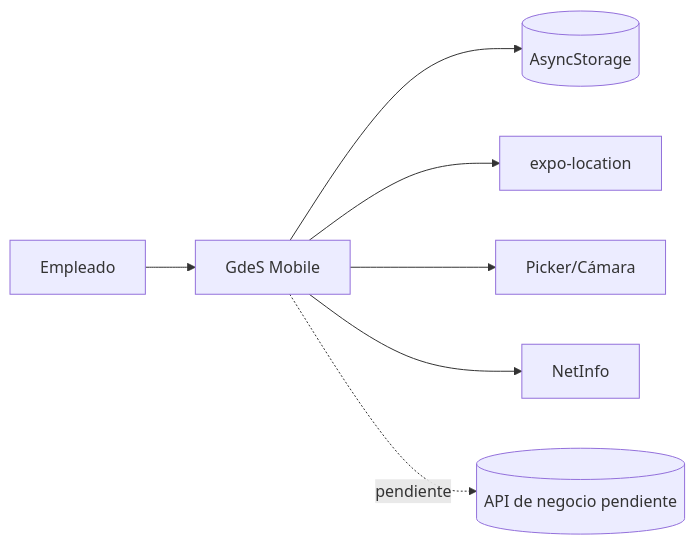
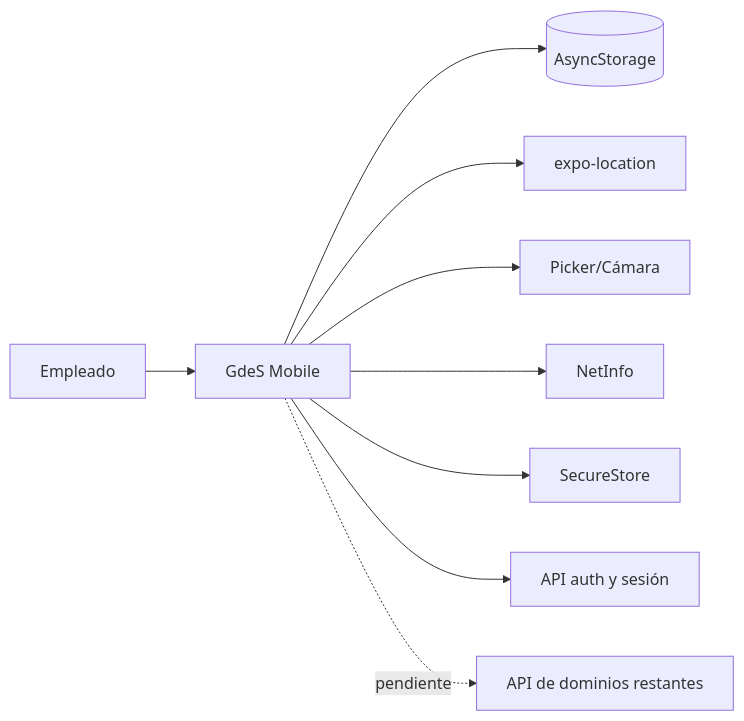
One commit to IvanContrerasDev/mobile_app_gdes changed the second of 2 diagrams in docs/03-arquitectura-tecnica.md. Above: the diagram before and after it, drawn with Mermaid. The commit also changed other lines of this file and 74 other files, not shown here.

````diff
--- a/docs/03-arquitectura-tecnica.md
+++ b/docs/03-arquitectura-tecnica.md
@@ -86,9 +88,11 @@
 ```mermaid
 flowchart LR
  U[Empleado] --> APP[GdeS Mobile]
  APP --> AsyncStorage[(AsyncStorage)]
  APP --> GPS[expo-location]
  APP --> FS[Picker/Cámara]
  APP --> NET[NetInfo]
- APP -. pendiente .-> API[(API de negocio pendiente)]
+ APP --> SEC[SecureStore]
+ APP --> AUTH[API auth y sesión]
+ APP -. pendiente .-> API[API de dominios restantes]
 ```
````
